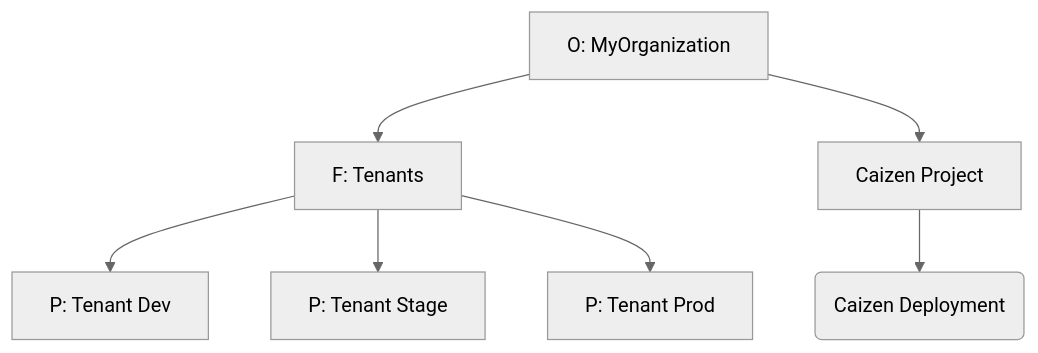
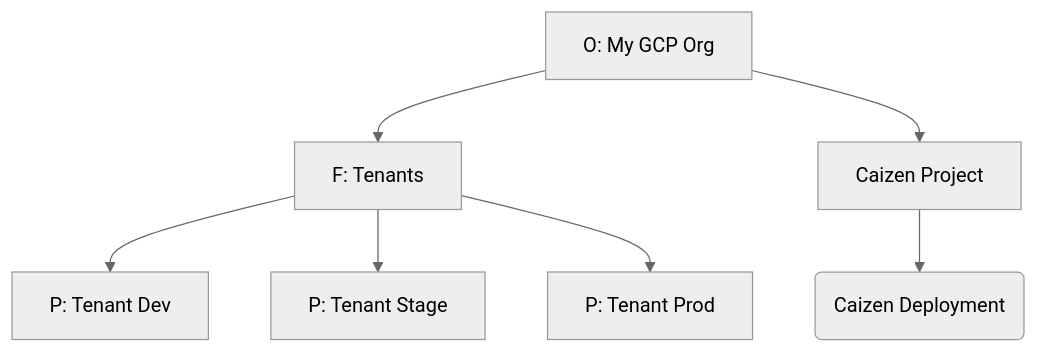
Before and after one commit to caizencloud/caizen: the diagram in docs/index.md, drawn with Mermaid (neutral theme).

Commit message:
test push

````diff
--- a/docs/index.md
+++ b/docs/index.md
@@ -5,9 +5,9 @@
 ```mermaid
 graph TD
-  A[O: MyOrganization] --> B[F: Tenants]
+  A[O: My GCP Org] --> B[F: Tenants]
   A --> Z[Caizen Project]
   Z --> Dep(Caizen Deployment)
   B --> G[P: Tenant Dev]
   B --> H[P: Tenant Stage]
   B --> I[P: Tenant Prod]
 ```
````
